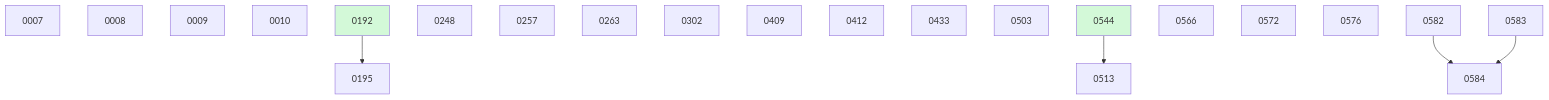
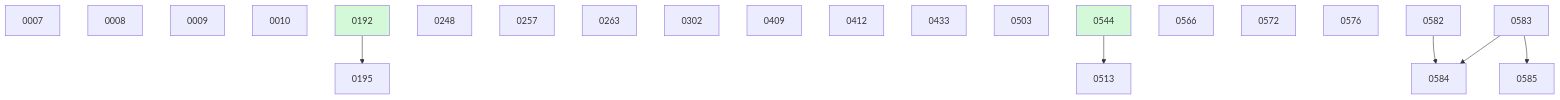
The diagram in docs/changes/BOARD.md (danielhanold/docket), drawn with Mermaid before and after one commit. The commit also changed other lines of this file and 1 other file, not shown here.

````diff
--- a/docs/changes/BOARD.md
+++ b/docs/changes/BOARD.md
@@ -35,27 +36,28 @@
 ```mermaid
 graph TD
   0007
   0008
   0009
   0010
   0192 --> 0195
   0248
   0257
   0263
   0302
   0409
   0412
   0433
   0503
   0544 --> 0513
   0566
   0572
   0576
   0582
   0583
   0582 --> 0584
   0583 --> 0584
+  0583 --> 0585
   0192:::done
   0544:::done
   classDef done fill:#d3f9d8;
 ```
````
